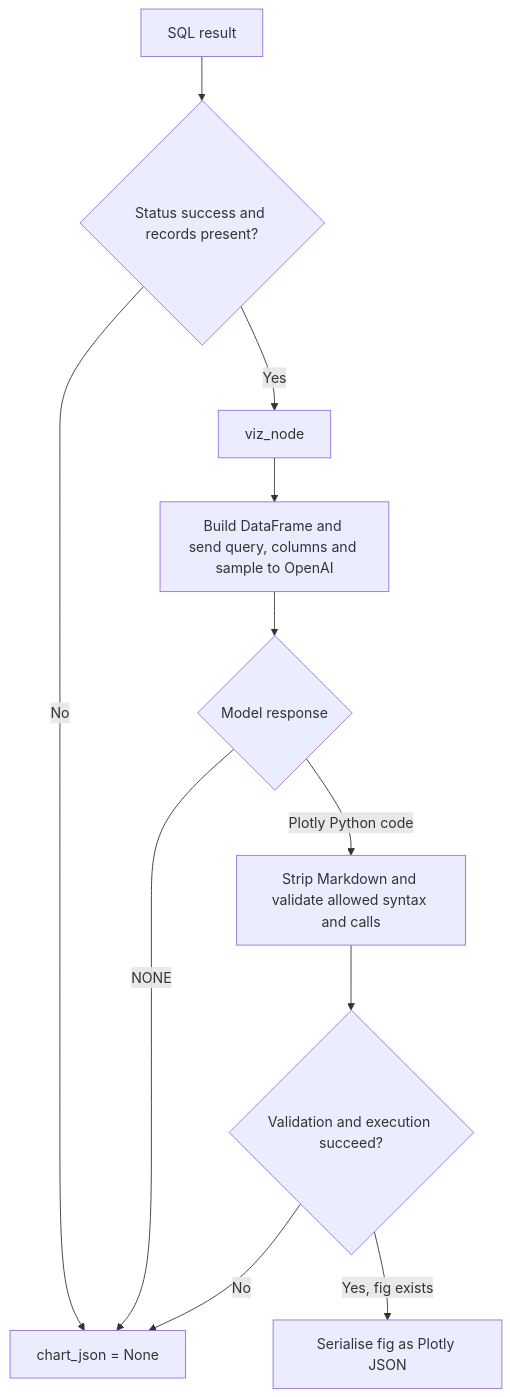
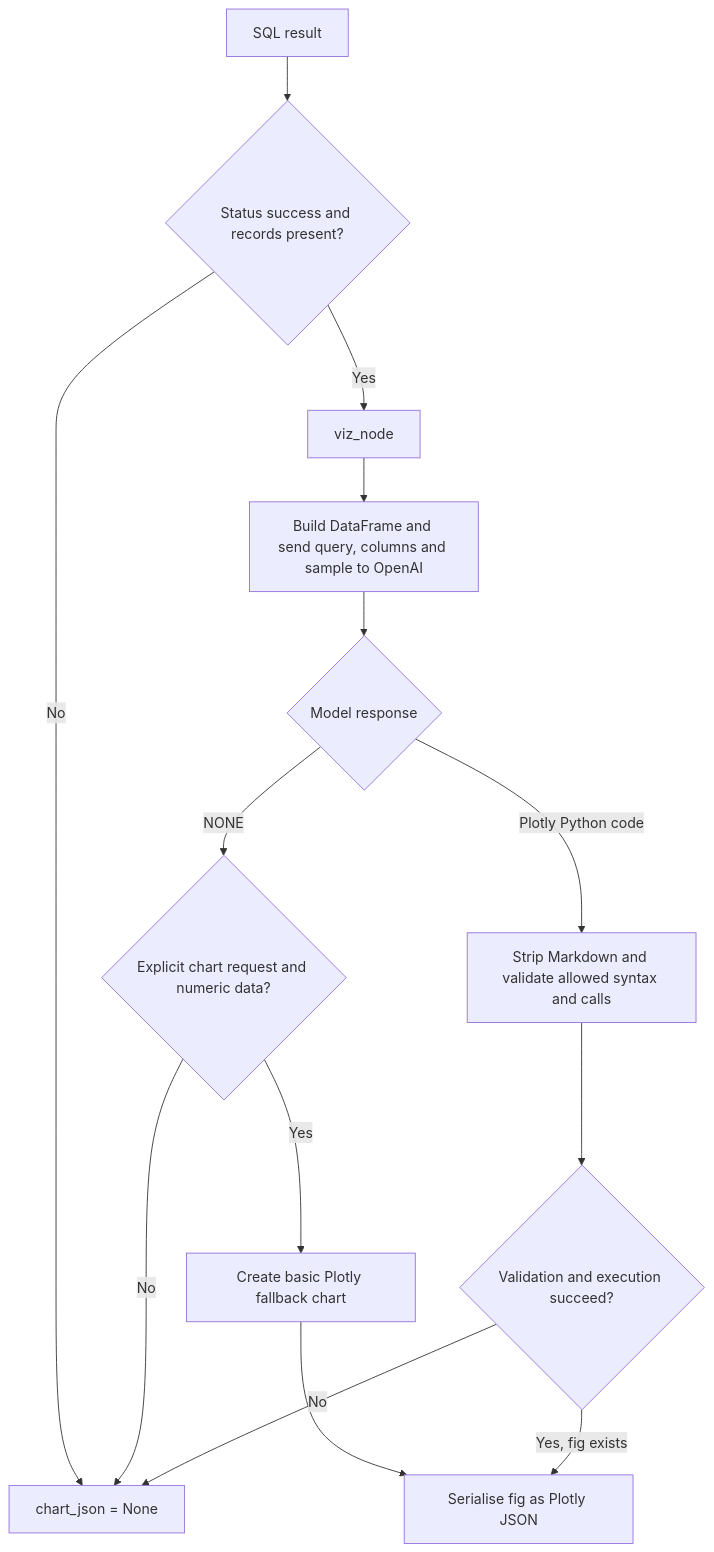
The third of 3 diagrams in README.md (HarshaAsh/aibatchjune26), drawn with Mermaid before and after one commit. The commit also changed other lines of this file and 10 other files, not shown here.

````diff
--- a/README.md
+++ b/README.md
@@ -71,13 +111,16 @@
 ```mermaid
 flowchart TD
 	A[SQL result] --> B{Status success and records present?}
 	B -->|No| C[chart_json = None]
 	B -->|Yes| D[viz_node]
 	D --> E[Build DataFrame and send query, columns and sample to OpenAI]
 	E --> F{Model response}
-	F -->|NONE| C
+	F -->|NONE| J{Explicit chart request and numeric data?}
+	J -->|No| C
+	J -->|Yes| K[Create basic Plotly fallback chart]
+	K --> I
 	F -->|Plotly Python code| G[Strip Markdown and validate allowed syntax and calls]
 	G --> H{Validation and execution succeed?}
 	H -->|No| C
 	H -->|Yes, fig exists| I[Serialise fig as Plotly JSON]
 ```
````
